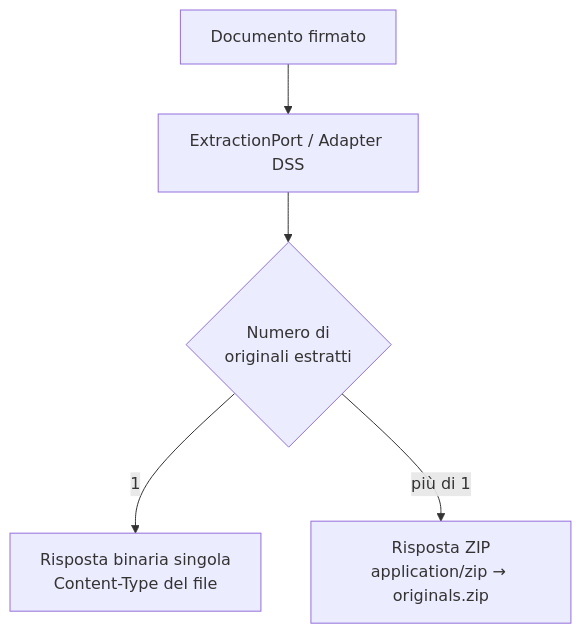
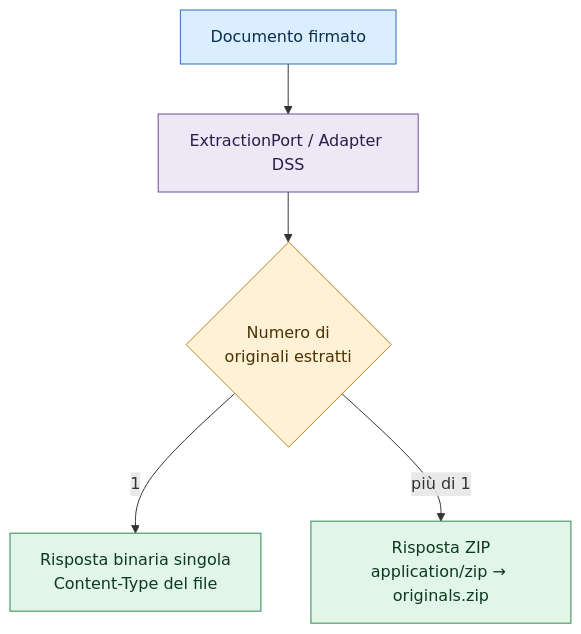
The diagram in docs/it/06-estrazione-file.md (toresoft/sign-verify), drawn with Mermaid before and after one commit. The commit also changed other lines of this file and 23 other files, not shown here.

First line of the commit message:
docs: expand EN/IT guides with glossary and component-map diagram

````diff
--- a/docs/it/06-estrazione-file.md
+++ b/docs/it/06-estrazione-file.md
@@ -13,7 +13,16 @@
 ```mermaid
 flowchart TD
     F[Documento firmato] --> X[ExtractionPort / Adapter DSS]
     X --> N{Numero di\noriginali estratti}
     N -- 1 --> S[Risposta binaria singola\nContent-Type del file]
     N -- più di 1 --> Z[Risposta ZIP\napplication/zip → originals.zip]
+
+    classDef input fill:#dbeeff,stroke:#2f6fbb,color:#0b2e4f
+    classDef adapter fill:#ede7f6,stroke:#6c4f9c,color:#2c1f47
+    classDef decision fill:#fff1d6,stroke:#b9842a,color:#4a3203
+    classDef output fill:#e1f5e9,stroke:#2f8a4e,color:#0d3a1d
+    class F input
+    class X adapter
+    class N decision
+    class S,Z output
 ```
````
